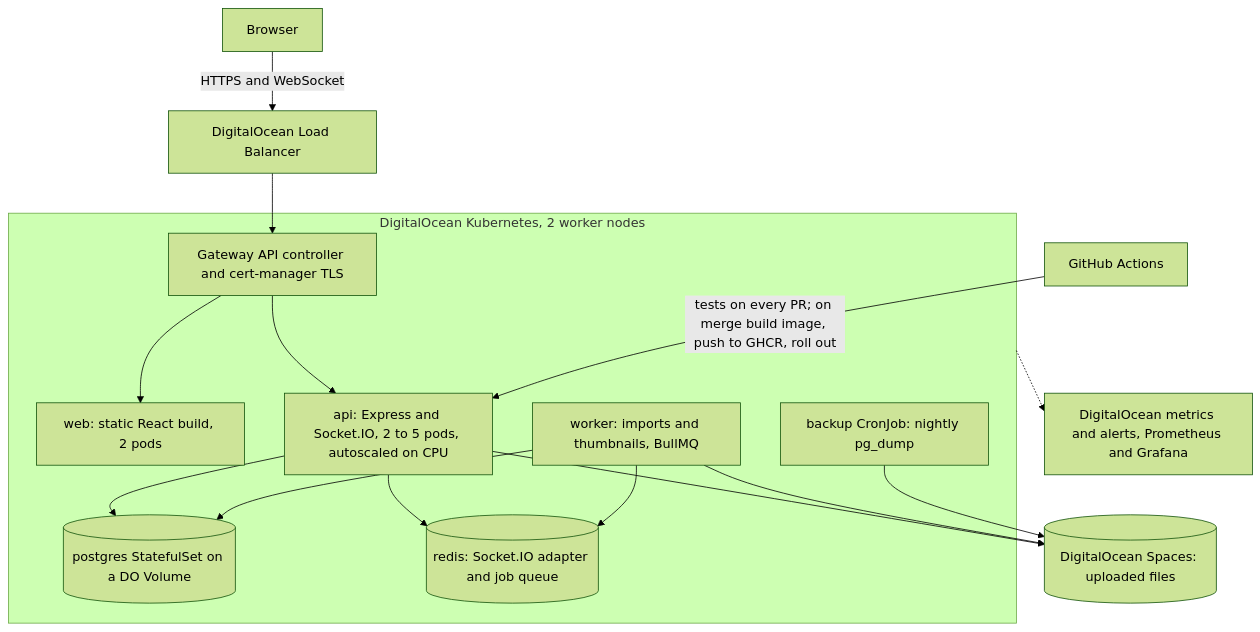
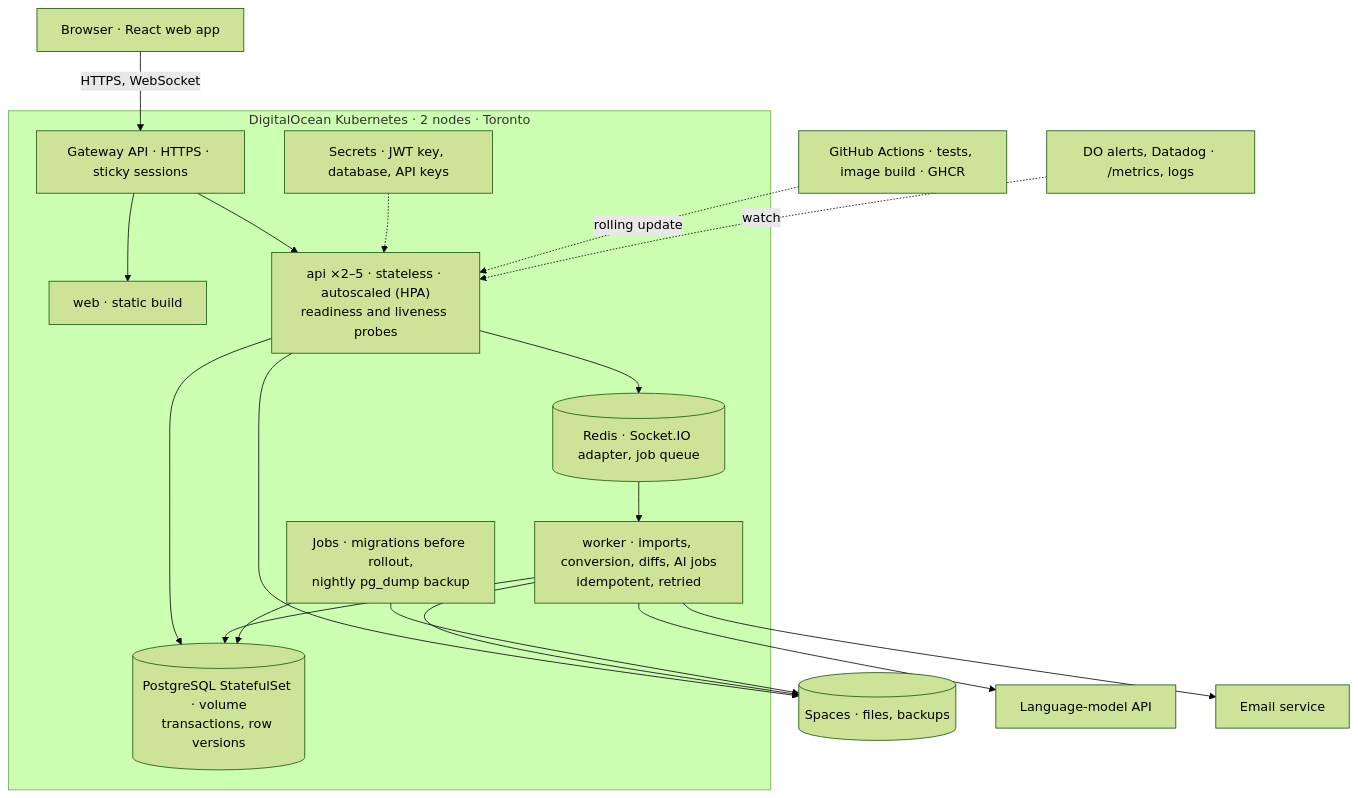
One commit to nabeegh-khan/contentcollab changed the diagram in docs/ARCHITECTURE.md. Above: the diagram before and after it, drawn with Mermaid (forest theme). The commit also changed other lines of this file and 2 other files, not shown here.

Commit message:
docs(proposal): draft section 2
Objectives, architecture diagram, design decisions, failure handling, technologies, core and advanced features, scope. ARCHITECTURE.md and README brought in line (roles, real-time decision, failure table).

````diff
--- a/docs/ARCHITECTURE.md
+++ b/docs/ARCHITECTURE.md
@@ -11,25 +11,35 @@
 ```mermaid
 flowchart TB
-  U[Browser] -->|HTTPS and WebSocket| LB[DigitalOcean Load Balancer]
-  subgraph DOKS[DigitalOcean Kubernetes, 2 worker nodes]
-    I[Gateway API controller and cert-manager TLS]
-    W[web: static React build, 2 pods]
-    A[api: Express and Socket.IO, 2 to 5 pods, autoscaled on CPU]
-    K[worker: imports and thumbnails, BullMQ]
-    P[(postgres StatefulSet on a DO Volume)]
-    R[(redis: Socket.IO adapter and job queue)]
-    B[backup CronJob: nightly pg_dump]
+  U["Browser · React web app"]
+  subgraph DOKS["DigitalOcean Kubernetes · 2 nodes · Toronto"]
+    GW["Gateway API · HTTPS · sticky sessions"]
+    W["web · static build"]
+    A["api ×2–5 · stateless · autoscaled (HPA)<br/>readiness and liveness probes"]
+    K["worker · imports, conversion, diffs, AI jobs<br/>idempotent, retried"]
+    R[("Redis · Socket.IO adapter, job queue")]
+    P[("PostgreSQL StatefulSet · volume<br/>transactions, row versions")]
+    J["Jobs · migrations before rollout,<br/>nightly pg_dump backup"]
+    SEC["Secrets · JWT key, database, API keys"]
   end
-  LB --> I
-  I --> W
-  I --> A
+  S[("Spaces · files, backups")]
+  LLM["Language-model API"]
+  MAIL["Email service"]
+  CI["GitHub Actions · tests, image build · GHCR"]
+  M["DO alerts, Datadog · /metrics, logs"]
+  U -- "HTTPS, WebSocket" --> GW
+  GW --> W
+  GW --> A
+  A --> R
+  R --> K
   A --> P
-  A --> R
-  K --> R
   K --> P
-  A --> S[(DigitalOcean Spaces: uploaded files)]
+  A --> S
   K --> S
-  B --> S
-  DOKS -.-> M[DigitalOcean metrics and alerts, Prometheus and Grafana]
-  G[GitHub Actions] -->|tests on every PR; on merge build image, push to GHCR, roll out| A
+  J --> P
+  J --> S
+  K --> LLM
+  K --> MAIL
+  SEC -.-> A
+  CI -. "rolling update" .-> A
+  M -. watch .-> A
 ```
````
